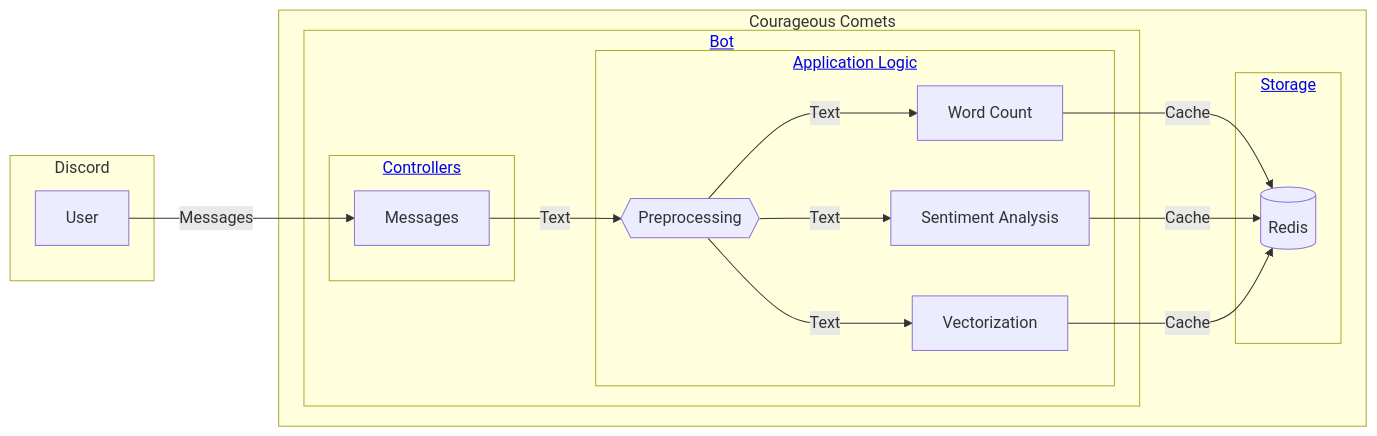
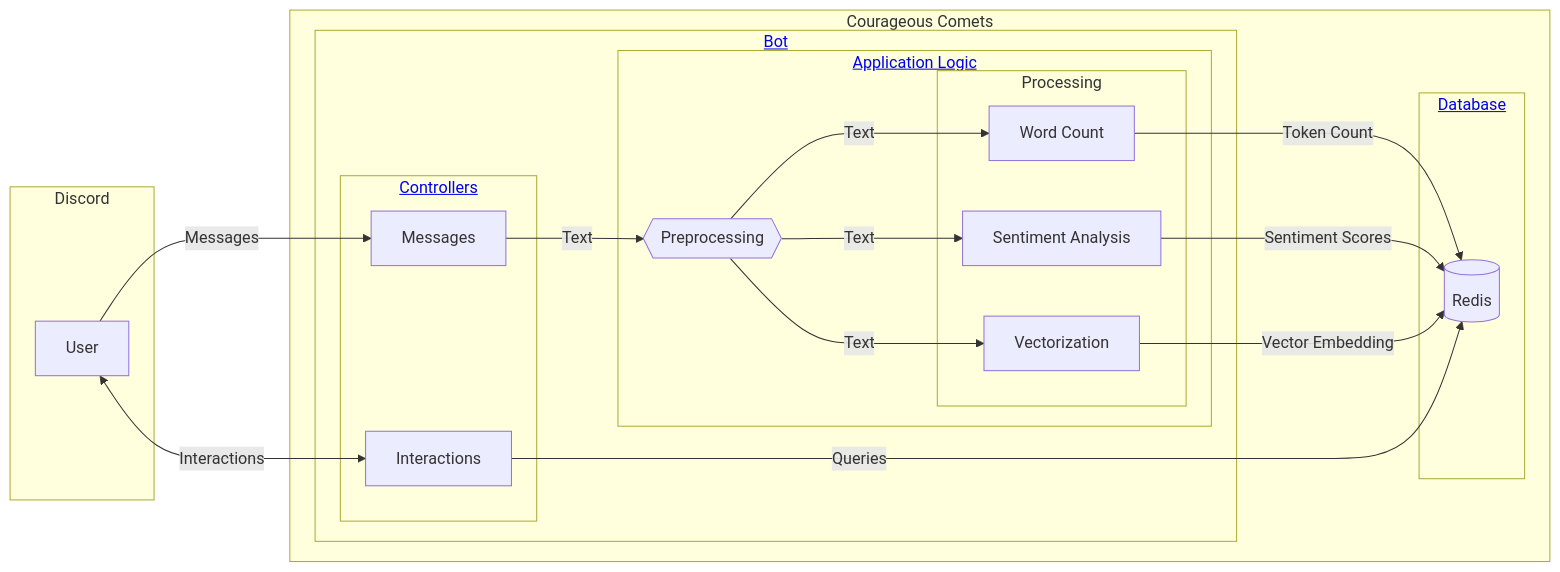
The first of 2 diagrams in docs/contributor-guide/architecture-design.md (thijsfranck/courageous-comets), drawn with Mermaid before and after one commit. The commit also changed other lines of this file, not shown here.

````diff
--- a/docs/contributor-guide/architecture-design.md
+++ b/docs/contributor-guide/architecture-design.md
@@ -10,32 +10,37 @@
 ```mermaid
 graph LR
     subgraph Discord
         User["User"]
     end
 
     subgraph Courageous Comets
         subgraph Bot[<a href='#bot'>Bot</a>]
             subgraph Controllers[<a href='#controllers'>Controllers</a>]
                 MessagesCog["Messages"]
+                Interactions["Interactions"]
             end
             subgraph ApplicationLogic[<a href='#application-logic'>Application Logic</a>]
                 Preprocessing{{"Preprocessing"}}
-                WordCount["Word Count"]
-                Sentiment["Sentiment Analysis"]
-                Vectorization["Vectorization"]
+                subgraph Processing
+                    WordCount["Word Count"]
+                    Sentiment["Sentiment Analysis"]
+                    Vectorization["Vectorization"]
+                end
             end
         end
-        subgraph Storage[<a href='#storage'>Storage</a>]
+        subgraph Storage[<a href='#database'>Database</a>]
             Redis[("Redis")]
         end
     end
 
     User -->|"Messages"| MessagesCog
     MessagesCog -->|"Text"| Preprocessing
     Preprocessing --->|"Text"| WordCount
     Preprocessing --->|"Text"| Sentiment
     Preprocessing --->|"Text"| Vectorization
-    WordCount -->|"Cache"| Redis
-    Sentiment -->|"Cache"| Redis
-    Vectorization -->|"Cache"| Redis
+    WordCount -->|"Token Count"| Redis
+    Sentiment -->|"Sentiment Scores"| Redis
+    Vectorization -->|"Vector Embedding"| Redis
+    User <-->|"Interactions"| Interactions
+    Interactions -->|"Queries"| Redis
 ```
````
